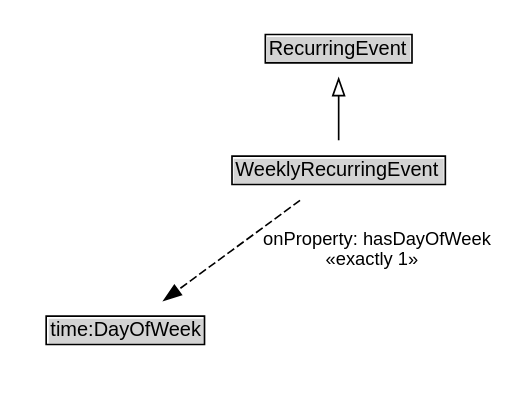
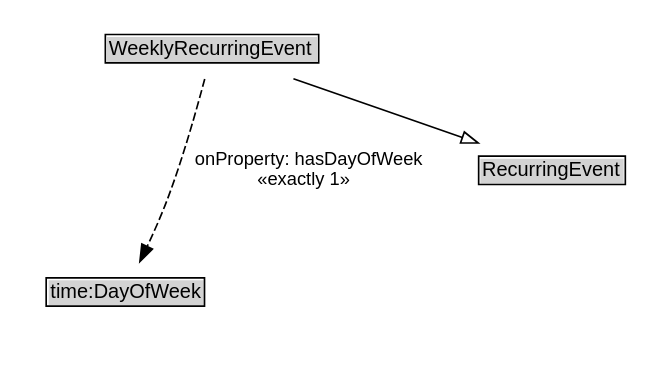
The diagram in docs/diagrams/WeeklyRecurringEvent.dot (k-vaughn/ontology-cdm-p1-v1), drawn with Graphviz before and after one commit. The commit also changed 283 other files, not shown here.

```diff
--- a/docs/diagrams/WeeklyRecurringEvent.dot
+++ b/docs/diagrams/WeeklyRecurringEvent.dot
@@ -1,21 +1,21 @@
 // Diagram for WeeklyRecurringEvent
 digraph {
 	graph [overlap=false rankdir=TB splines=true]
 	node [fontname=Arial fontsize=12 margin=0 shape=none]
 	edge [fontname=Arial fontsize=11]
+	WeeklyRecurringEvent [label=<<TABLE BORDER="1" CELLBORDER="0" CELLSPACING="0" CELLPADDING="1"><TR><TD BGCOLOR="lightgray" ALIGN="CENTER">WeeklyRecurringEvent</TD></TR></TABLE>> URL="../WeeklyRecurringEvent" margin=0]
 	{
 		rank=max
-		WeeklyRecurringEvent [label=<<TABLE BORDER="1" CELLBORDER="0" CELLSPACING="0" CELLPADDING="1"><TR><TD BGCOLOR="lightgray" ALIGN="CENTER" PORT="e">WeeklyRecurringEvent</TD></TR></TABLE>> URL="../WeeklyRecurringEvent.md" margin=0]
 	}
 	subgraph cluster_associated {
 		label="" style=invis
 		Invis [label=<<TABLE BORDER="0" CELLBORDER="0" CELLSPACING="0" CELLPADDING="1"><TR><TD></TD></TR></TABLE>> margin=0 style=invis]
-		time_DayOfWeek [label=<<TABLE BORDER="1" CELLBORDER="0" CELLSPACING="0" CELLPADDING="1"><TR><TD BGCOLOR="lightgray" ALIGN="CENTER">time:DayOfWeek</TD></TR></TABLE>> margin=0]
+		time_DayOfWeek [label=<<TABLE BORDER="1" CELLBORDER="0" CELLSPACING="0" CELLPADDING="1"><TR><TD BGCOLOR="lightgray" ALIGN="CENTER">time:DayOfWeek</TD></TR></TABLE>> URL="https://w3id.org/citydata/imported/time/latest/DayOfWeek" margin=0]
 	}
-	RecurringEvent [label=<<TABLE BORDER="1" CELLBORDER="0" CELLSPACING="0" CELLPADDING="1"><TR><TD BGCOLOR="lightgray" ALIGN="CENTER">RecurringEvent</TD></TR></TABLE>> URL="../RecurringEvent.md" margin=0]
+	RecurringEvent [label=<<TABLE BORDER="1" CELLBORDER="0" CELLSPACING="0" CELLPADDING="1"><TR><TD BGCOLOR="lightgray" ALIGN="CENTER">RecurringEvent</TD></TR></TABLE>> URL="../RecurringEvent" margin=0]
 	WeeklyRecurringEvent -> RecurringEvent [arrowhead=onormal style=solid]
 	WeeklyRecurringEvent -> Invis [style=invis]
 	Invis -> time_DayOfWeek [style=invis]
 	WeeklyRecurringEvent -> time_DayOfWeek [label=" onProperty: hasDayOfWeek 
  «exactly 1»  " arrowhead=normal style=dashed]
 }
```
